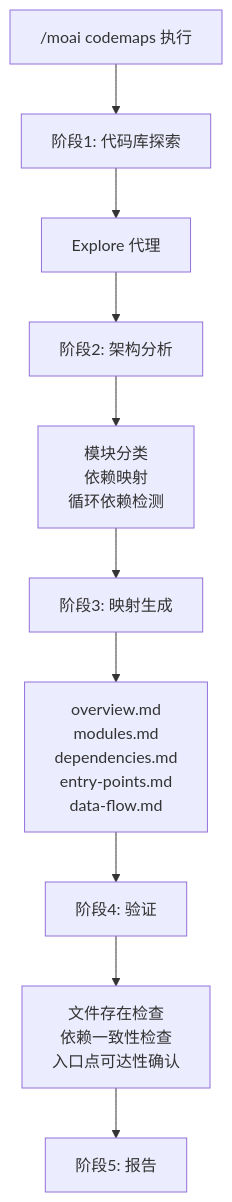
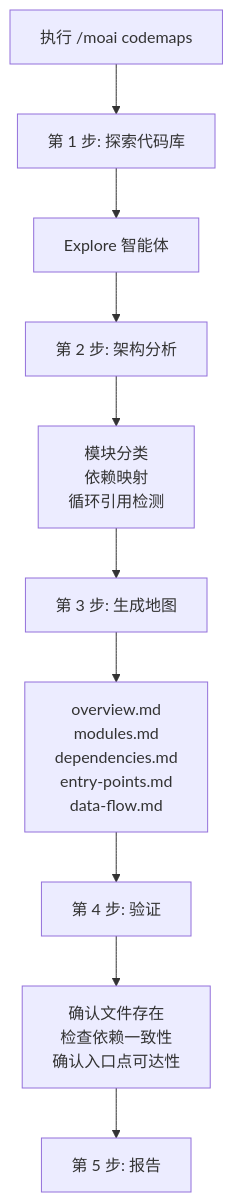
The first of 2 diagrams in docs-site/content/zh/quality-commands/moai-codemaps.md (modu-ai/moai-adk), drawn with Mermaid before and after one commit. The commit also changed other lines of this file and 395 other files, not shown here.

````diff
--- a/docs-site/content/zh/quality-commands/moai-codemaps.md
+++ b/docs-site/content/zh/quality-commands/moai-codemaps.md
@@ -91,16 +91,16 @@
 ```mermaid
 flowchart TD
-    Start["/moai codemaps 执行"] --> Phase1["阶段1: 代码库探索"]
-    Phase1 --> Explore["Explore 代理"]
+    Start["执行 /moai codemaps"] --> Phase1["第 1 步: 探索代码库"]
+    Phase1 --> Explore["Explore 智能体"]
 
-    Explore --> Phase2["阶段2: 架构分析"]
-    Phase2 --> Analyze["模块分类<br/>依赖映射<br/>循环依赖检测"]
+    Explore --> Phase2["第 2 步: 架构分析"]
+    Phase2 --> Analyze["模块分类<br/>依赖映射<br/>循环引用检测"]
 
-    Analyze --> Phase3["阶段3: 映射生成"]
+    Analyze --> Phase3["第 3 步: 生成地图"]
     Phase3 --> Generate["overview.md<br/>modules.md<br/>dependencies.md<br/>entry-points.md<br/>data-flow.md"]
 
-    Generate --> Phase4["阶段4: 验证"]
-    Phase4 --> Verify["文件存在检查<br/>依赖一致性检查<br/>入口点可达性确认"]
+    Generate --> Phase4["第 4 步: 验证"]
+    Phase4 --> Verify["确认文件存在<br/>检查依赖一致性<br/>确认入口点可达性"]
 
-    Verify --> Phase5["阶段5: 报告"]
+    Verify --> Phase5["第 5 步: 报告"]
 ```
````
